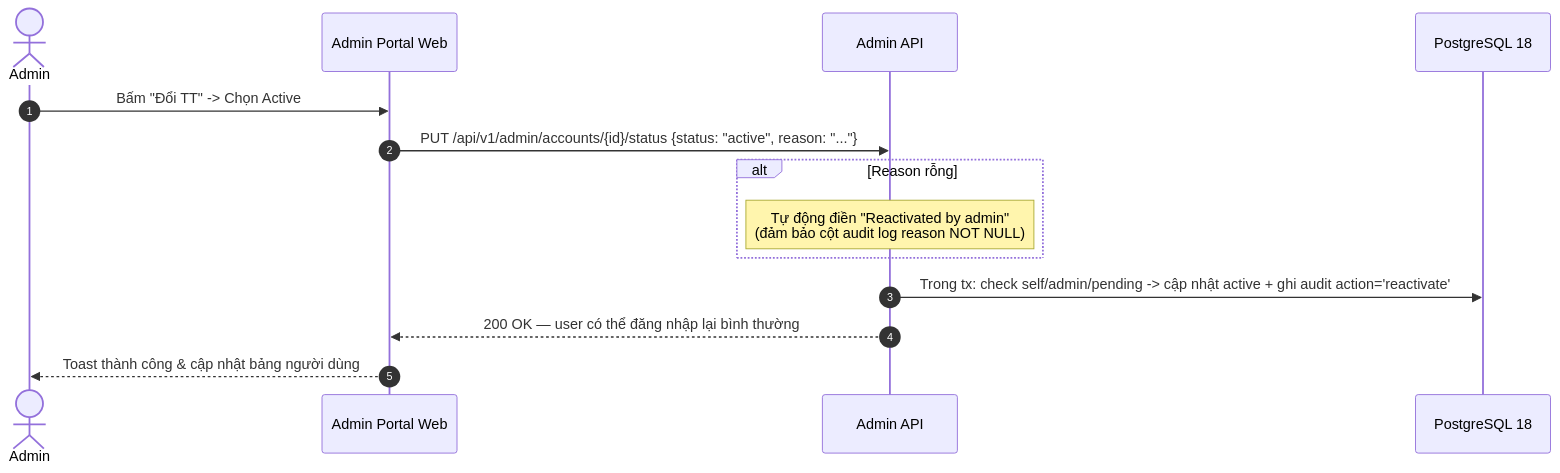
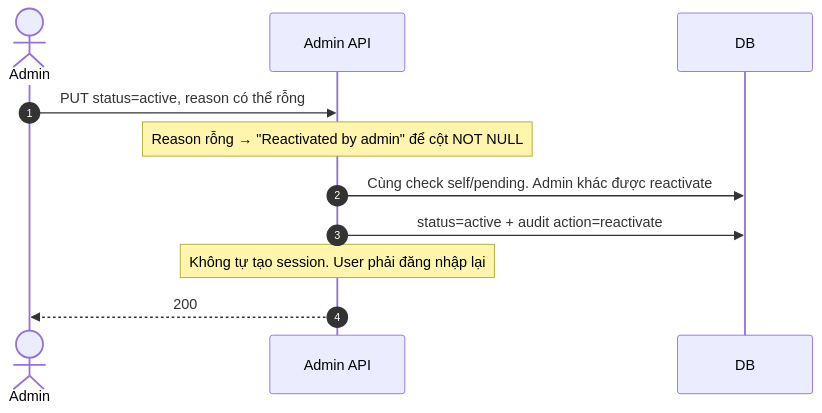
The second of 5 diagrams in flow/06-admin.md (FintechVSF-Tranning/PaySplit-RP), drawn with Mermaid before and after one commit. The commit also changed other lines of this file and 8 other files, not shown here.

````diff
--- a/flow/06-admin.md
+++ b/flow/06-admin.md
@@ -105,17 +105,12 @@
 ```mermaid
 sequenceDiagram
     autonumber
     actor A as Admin
-    participant FE as Admin Portal Web
     participant BE as Admin API
-    participant DB as PostgreSQL 18
-
-    A->>FE: Bấm "Đổi TT" -> Chọn Active
-    FE->>BE: PUT /api/v1/admin/accounts/{id}/status {status: "active", reason: "..."}
-    alt Reason rỗng
-        Note over BE: Tự động điền "Reactivated by admin"<br/>(đảm bảo cột audit log reason NOT NULL)
-    end
-    BE->>DB: Trong tx: check self/admin/pending -> cập nhật active + ghi audit action='reactivate'
-    BE-->>FE: 200 OK — user có thể đăng nhập lại bình thường
-    FE-->>A: Toast thành công & cập nhật bảng người dùng
+    A->>BE: PUT status=active, reason có thể rỗng
+    Note over BE: Reason rỗng → "Reactivated by admin" để cột NOT NULL
+    BE->>DB: Cùng check self/pending. Admin khác được reactivate
+    BE->>DB: status=active + audit action=reactivate
+    Note over BE: Không tự tạo session. User phải đăng nhập lại
+    BE-->>A: 200
 ```
````
